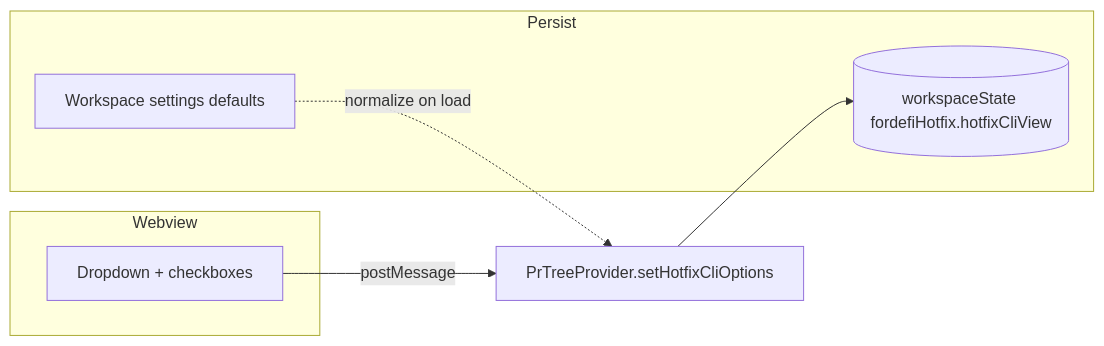
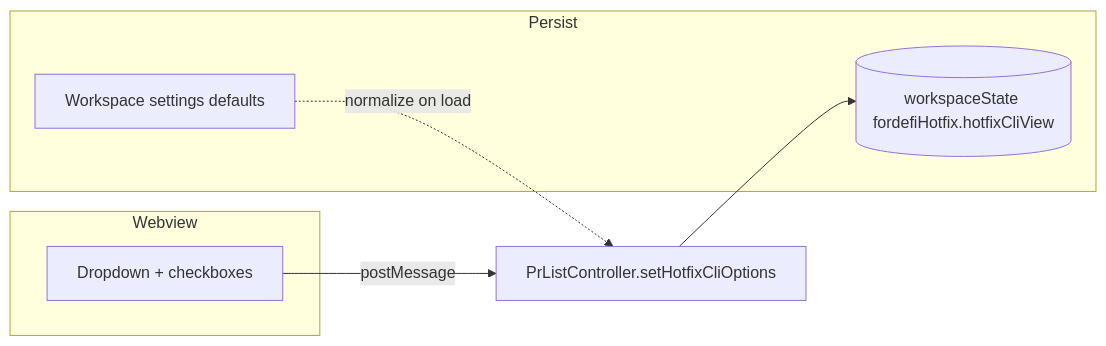
Before and after one commit to danielbellmas/pr-hotfix-watcher: the third of 5 diagrams in docs/USER_FLOWS.md, drawn with Mermaid. The commit also changed other lines of this file and 19 other files, not shown here.

````diff
--- a/docs/USER_FLOWS.md
+++ b/docs/USER_FLOWS.md
@@ -64,13 +64,13 @@
 ```mermaid
 flowchart LR
   subgraph Webview
     W[Dropdown + checkboxes]
   end
   subgraph Persist
     WS[(workspaceState fordefiHotfix.hotfixCliView)]
     CFG[Workspace settings defaults]
   end
-  W -->|postMessage| P[PrTreeProvider.setHotfixCliOptions]
+  W -->|postMessage| P[PrListController.setHotfixCliOptions]
   P --> WS
   CFG -.->|normalize on load| P
 ```
````
